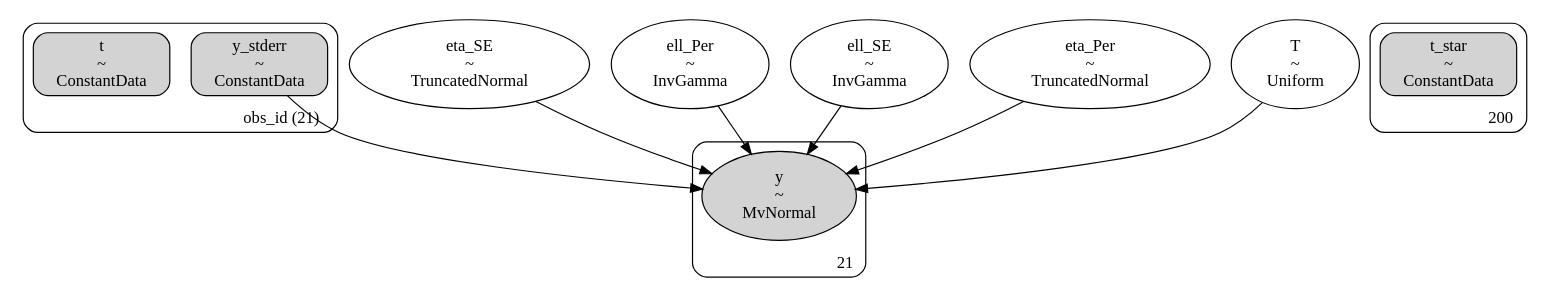
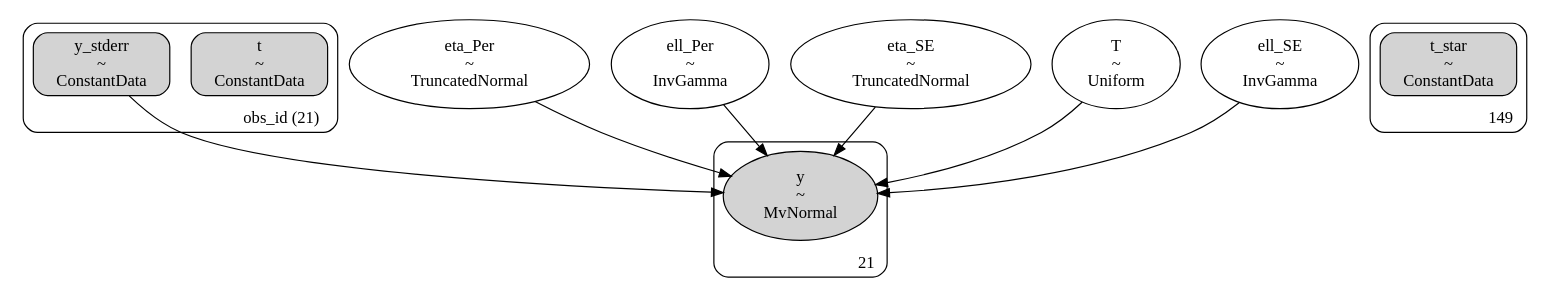
The diagram in dags/428_ra236.530_dec-46.922_4U1543TraPDB_andersson_gpSE_gpPer_dag.dot (shihchingfu/gp-sandbox-thunderkat), drawn with Graphviz before and after one commit. The commit also changed 14 other files, not shown here.

```diff
--- a/dags/428_ra236.530_dec-46.922_4U1543TraPDB_andersson_gpSE_gpPer_dag.dot
+++ b/dags/428_ra236.530_dec-46.922_4U1543TraPDB_andersson_gpSE_gpPer_dag.dot
@@ -1,44 +1,44 @@
 digraph {
 	subgraph "clusterobs_id (21)" {
-		y_stderr [label="y_stderr
+		t [label="t
 ~
 ConstantData" shape=box style="rounded, filled"]
-		t [label="t
+		y_stderr [label="y_stderr
 ~
 ConstantData" shape=box style="rounded, filled"]
 		label="obs_id (21)" labeljust=r labelloc=b style=rounded
 	}
-	subgraph cluster200 {
+	subgraph cluster149 {
 		t_star [label="t_star
 ~
 ConstantData" shape=box style="rounded, filled"]
-		label=200 labeljust=r labelloc=b style=rounded
+		label=149 labeljust=r labelloc=b style=rounded
 	}
-	eta_SE [label="eta_SE
+	eta_Per [label="eta_Per
 ~
 TruncatedNormal" shape=ellipse]
 	ell_Per [label="ell_Per
 ~
 InvGamma" shape=ellipse]
-	ell_SE [label="ell_SE
-~
-InvGamma" shape=ellipse]
-	eta_Per [label="eta_Per
+	eta_SE [label="eta_SE
 ~
 TruncatedNormal" shape=ellipse]
 	T [label="T
 ~
 Uniform" shape=ellipse]
+	ell_SE [label="ell_SE
+~
+InvGamma" shape=ellipse]
 	subgraph cluster21 {
 		y [label="y
 ~
 MvNormal" shape=ellipse style=filled]
 		label=21 labeljust=r labelloc=b style=rounded
 	}
 	eta_SE -> y
+	eta_Per -> y
 	ell_Per -> y
-	eta_Per -> y
+	y_stderr -> y
 	T -> y
-	y_stderr -> y
 	ell_SE -> y
 }
```
